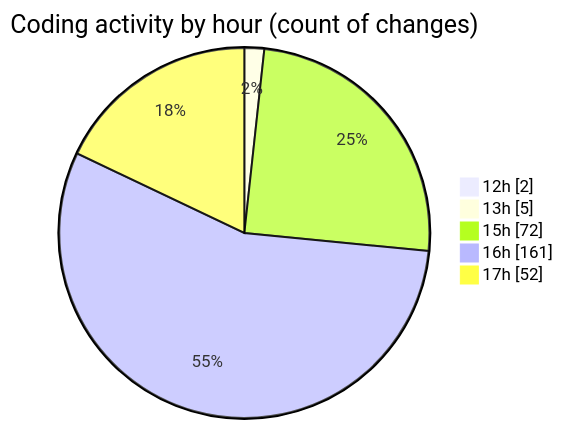
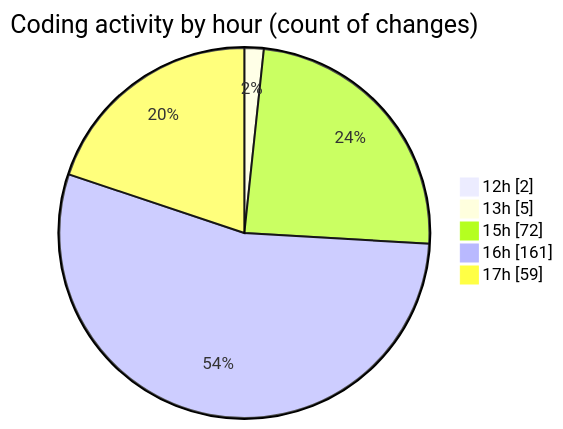
Before and after one commit to EIIisD/code-tracking: the second of 2 diagrams in 2025-07-12/fish/README.md, drawn with Mermaid. The commit also changed other lines of this file and 1 other file, not shown here.

````diff
--- a/2025-07-12/fish/README.md
+++ b/2025-07-12/fish/README.md
@@ -172,9 +176,9 @@
 ```mermaid
 pie showData
 title Coding activity by hour (count of changes)
 "12h" : 2
 "13h" : 5
 "15h" : 72
 "16h" : 161
-"17h" : 52
+"17h" : 59
 ```
````
